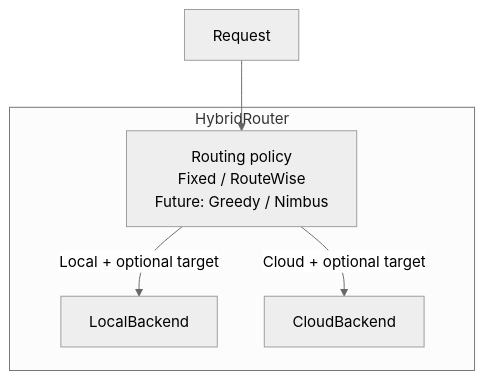
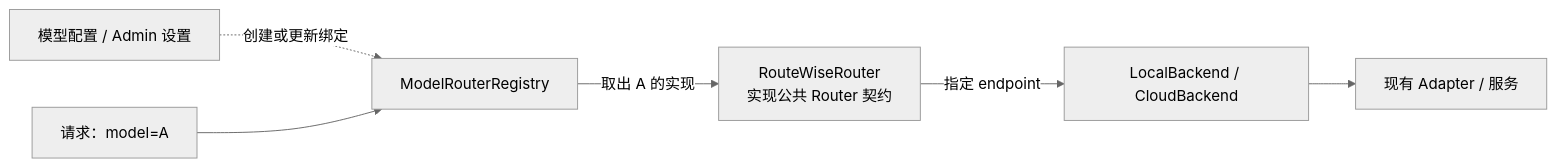
Before and after one commit to HarvardMadSys/hybridInference: the second of 2 diagrams in docs/agents/specs/2026-09-12-hybrid-routing-abstraction-design.zh.md, drawn with Mermaid (neutral theme). The commit also changed other lines of this file and 3 other files, not shown here.

First line of the commit message:
docs(routing): land the composable hybrid routing design

````diff
--- a/docs/agents/specs/2026-09-12-hybrid-routing-abstraction-design.zh.md
+++ b/docs/agents/specs/2026-09-12-hybrid-routing-abstraction-design.zh.md
@@ -25,11 +80,8 @@
 ```mermaid
-flowchart TD
-    R["Request"] --> P
-    subgraph H["HybridRouter"]
-        P["Routing policy<br/>Fixed / RouteWise<br/>Future: Greedy / Nimbus"]
-        L["LocalBackend"]
-        C["CloudBackend"]
-        P -->|"Local + optional target"| L
-        P -->|"Cloud + optional target"| C
-    end
+flowchart LR
+    C["模型配置 / Admin 设置"] -. "创建或更新绑定" .-> G["ModelRouterRegistry"]
+    Q["请求：model=A"] --> G
+    G -->|"取出 A 的实现"| R["RouteWiseRouter<br/>实现公共 Router 契约"]
+    R -->|"指定 endpoint"| B["LocalBackend / CloudBackend"]
+    B --> A["现有 Adapter / 服务"]
 ```
````
